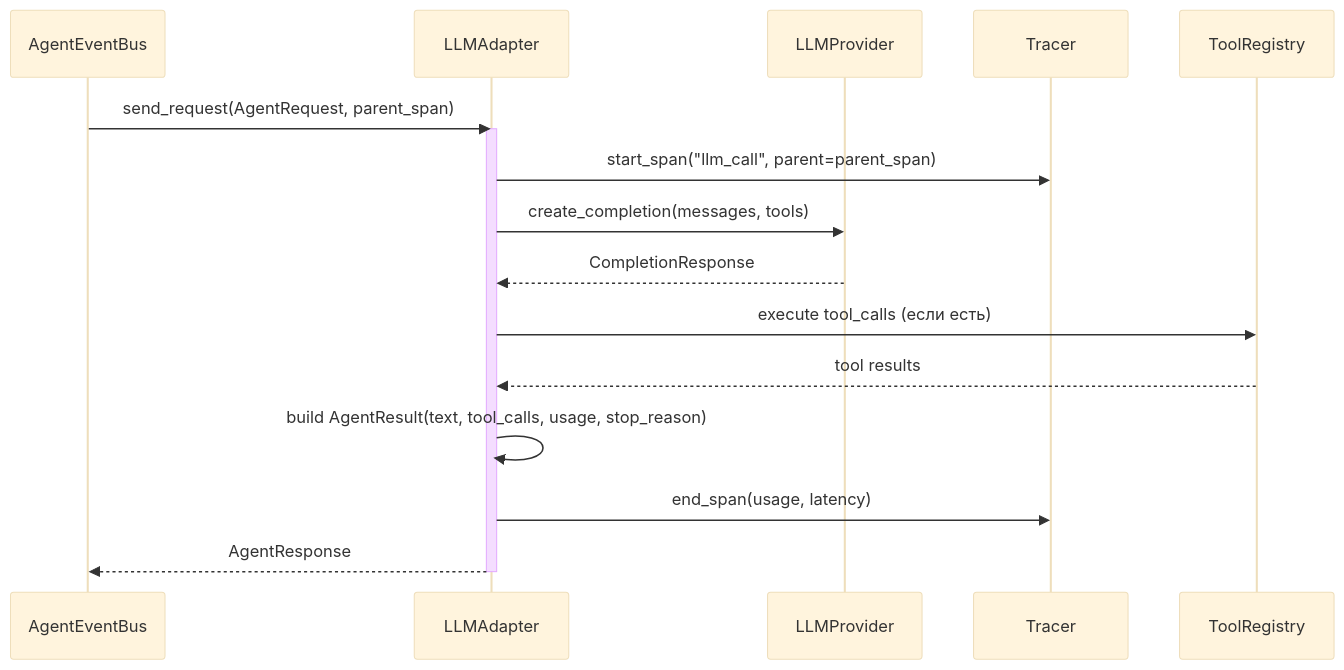
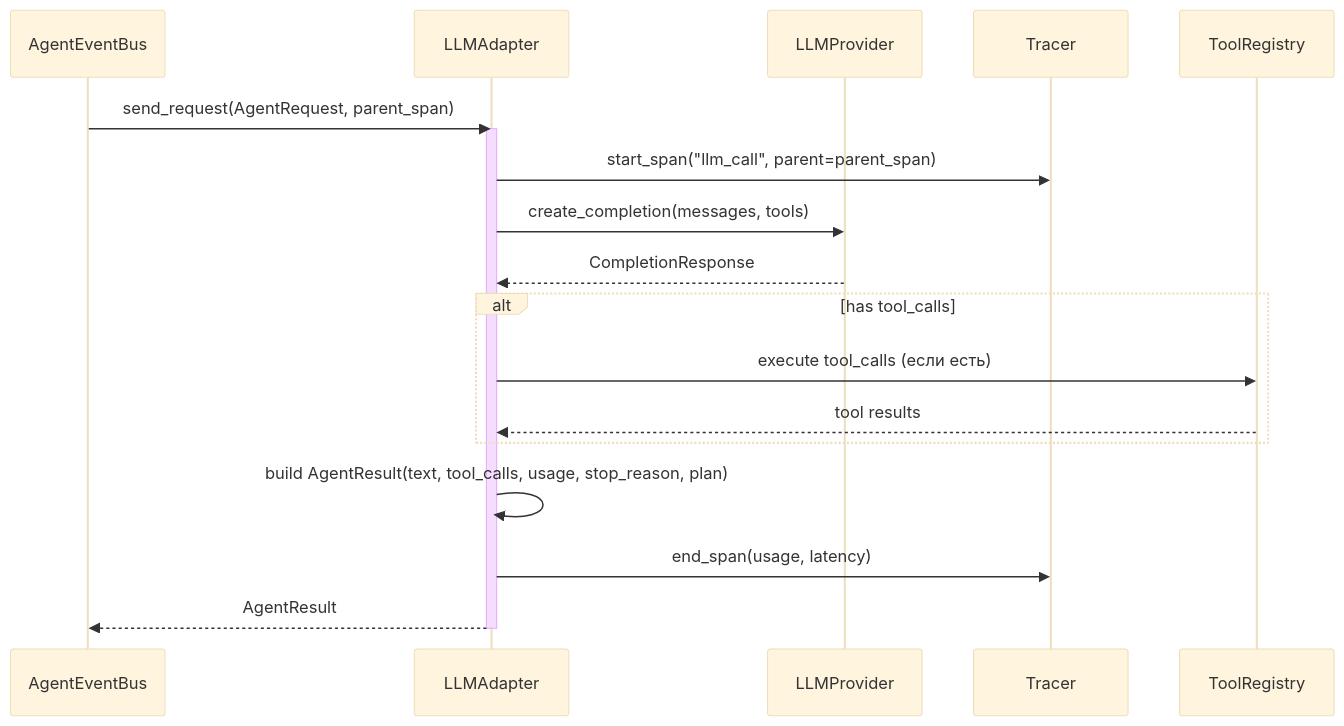
Before and after one commit to pese-git/codelab-agent: the diagram in openspec/changes/multiagent-llm-adapter/proposal.md, drawn with Mermaid (base theme). The commit also changed other lines of this file and 21 other files, not shown here.

````diff
--- a/openspec/changes/multiagent-llm-adapter/proposal.md
+++ b/openspec/changes/multiagent-llm-adapter/proposal.md
@@ -39,20 +45,22 @@
 ```mermaid
 sequenceDiagram
     participant EventBus as AgentEventBus
     participant Adapter as LLMAdapter
     participant LLM as LLMProvider
     participant Tracer as Tracer
     participant Tools as ToolRegistry
 
     EventBus->>Adapter: send_request(AgentRequest, parent_span)
     activate Adapter
     Adapter->>Tracer: start_span("llm_call", parent=parent_span)
     Adapter->>LLM: create_completion(messages, tools)
     LLM-->>Adapter: CompletionResponse
-    Adapter->>Tools: execute tool_calls (если есть)
-    Tools-->>Adapter: tool results
-    Adapter->>Adapter: build AgentResult(text, tool_calls, usage, stop_reason)
+    alt has tool_calls
+        Adapter->>Tools: execute tool_calls (если есть)
+        Tools-->>Adapter: tool results
+    end
+    Adapter->>Adapter: build AgentResult(text, tool_calls, usage, stop_reason, plan)
     Adapter->>Tracer: end_span(usage, latency)
-    Adapter-->>EventBus: AgentResponse
+    Adapter-->>EventBus: AgentResult
     deactivate Adapter
 ```
````
